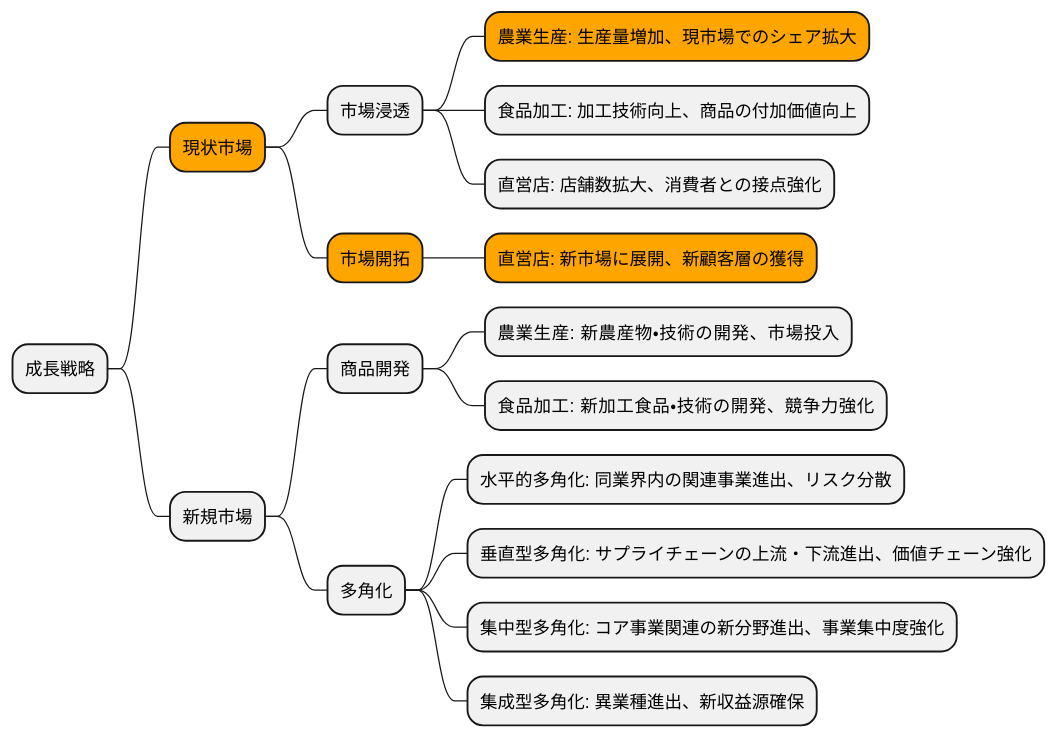
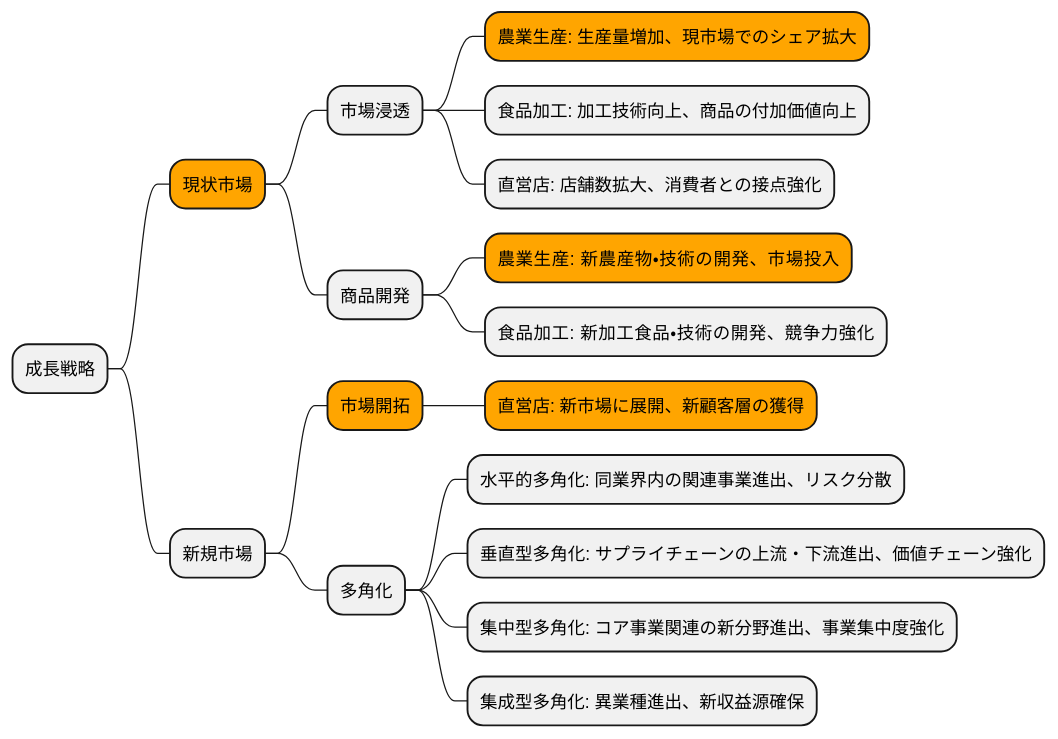
One commit to k2works/case-sutudy-business-analysis changed the sixth of 16 diagrams in docs/case/r04_case_1.adoc. Above: the diagram before and after it, drawn with PlantUML. The commit also changed other lines of this file and 3 other files, not shown here.

```diff
--- a/docs/case/r04_case_1.adoc
+++ b/docs/case/r04_case_1.adoc
@@ -325,22 +326,22 @@
 [plantuml]
 ----
 @startmindmap
 * 成長戦略
 **[#orange] 現状市場
 *** 市場浸透
 ****[#orange] 農業生産: 生産量増加、現市場でのシェア拡大
 **** 食品加工: 加工技術向上、商品の付加価値向上
 **** 直営店: 店舗数拡大、消費者との接点強化
+*** 商品開発
+****[#orange] 農業生産: 新農産物・技術の開発、市場投入
+**** 食品加工: 新加工食品・技術の開発、競争力強化
+** 新規市場
 ***[#orange] 市場開拓
 ****[#orange] 直営店: 新市場に展開、新顧客層の獲得
-** 新規市場
-*** 商品開発
-**** 農業生産: 新農産物・技術の開発、市場投入
-**** 食品加工: 新加工食品・技術の開発、競争力強化
 *** 多角化
 **** 水平的多角化: 同業界内の関連事業進出、リスク分散
 **** 垂直型多角化: サプライチェーンの上流・下流進出、価値チェーン強化
 **** 集中型多角化: コア事業関連の新分野進出、事業集中度強化
 **** 集成型多角化: 異業種進出、新収益源確保
 @endmindmap
 ----
```
